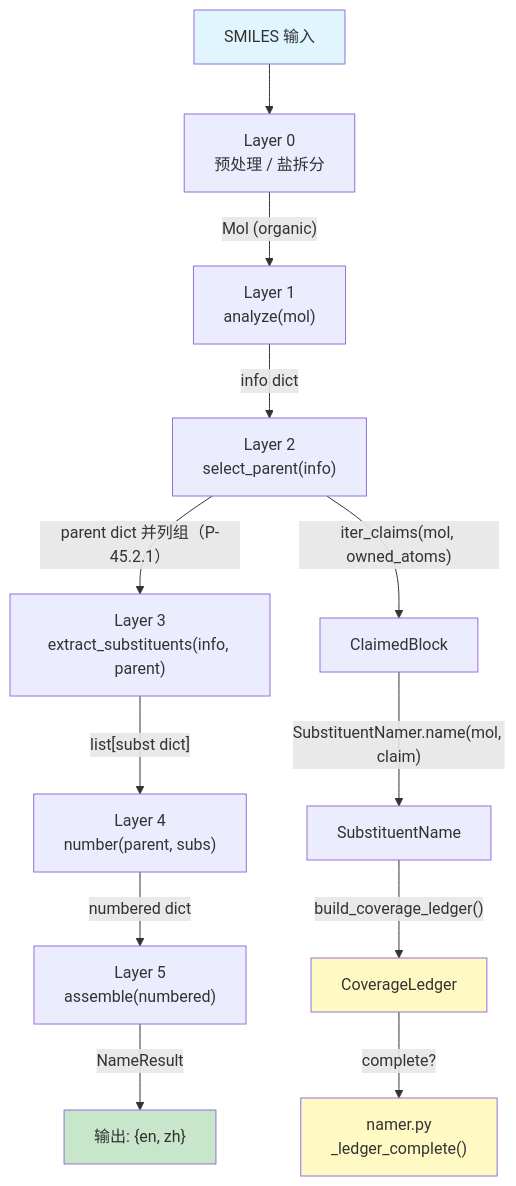
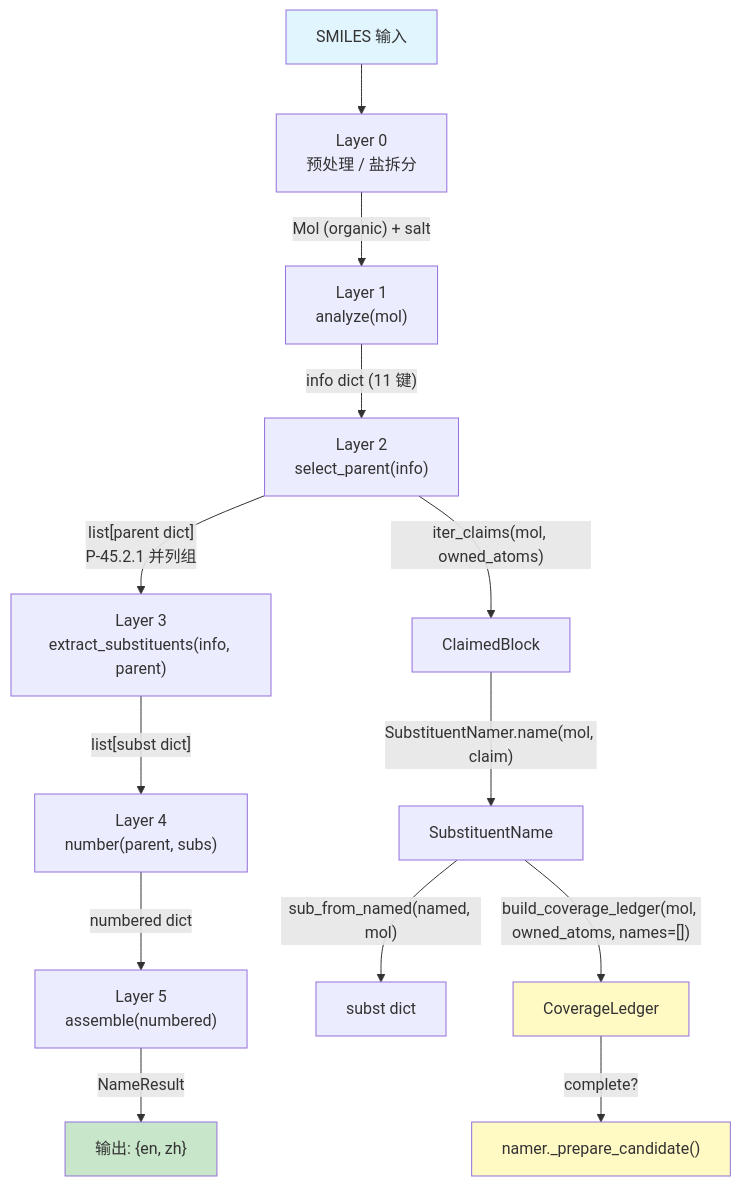
Before and after one commit to zouxiaofei1/OpenSMILES: the diagram in docs/wiki/reference/core-data-contracts.md, drawn with Mermaid. The commit also changed other lines of this file and 20 other files, not shown here.

````diff
--- a/docs/wiki/reference/core-data-contracts.md
+++ b/docs/wiki/reference/core-data-contracts.md
@@ -9,20 +9,21 @@
 ```mermaid
 graph TD
     SMILES["SMILES 输入"] --> L0["Layer 0<br/>预处理 / 盐拆分"]
-    L0 -->|"Mol (organic)"| L1["Layer 1<br/>analyze(mol)"]
-    L1 -->|"info dict"| L2["Layer 2<br/>select_parent(info)"]
-    L2 -->|"parent dict 并列组（P-45.2.1）"| L3["Layer 3<br/>extract_substituents(info, parent)"]
+    L0 -->|"Mol (organic) + salt"| L1["Layer 1<br/>analyze(mol)"]
+    L1 -->|"info dict (11 键)"| L2["Layer 2<br/>select_parent(info)"]
+    L2 -->|"list[parent dict]<br/>P-45.2.1 并列组"| L3["Layer 3<br/>extract_substituents(info, parent)"]
     L3 -->|"list[subst dict]"| L4["Layer 4<br/>number(parent, subs)"]
     L4 -->|"numbered dict"| L5["Layer 5<br/>assemble(numbered)"]
     L5 -->|"NameResult"| OUT["输出: {en, zh}"]
 
     L2 -->|"iter_claims(mol, owned_atoms)"| CB["ClaimedBlock"]
     CB -->|"SubstituentNamer.name(mol, claim)"| SN["SubstituentName"]
-    SN -->|"build_coverage_ledger()"| CL["CoverageLedger"]
-    CL -->|"complete?"| NAMER["namer.py<br/>_ledger_complete()"]
+    SN -->|"sub_from_named(named, mol)"| SD["subst dict"]
+    SN -->|"build_coverage_ledger(mol, owned_atoms, names=[])"| CL["CoverageLedger"]
+    CL -->|"complete?"| NAMER["namer._prepare_candidate()"]
 
     style SMILES fill:#e1f5fe
     style OUT fill:#c8e6c9
     style CL fill:#fff9c4
     style NAMER fill:#fff9c4
 ```
````
